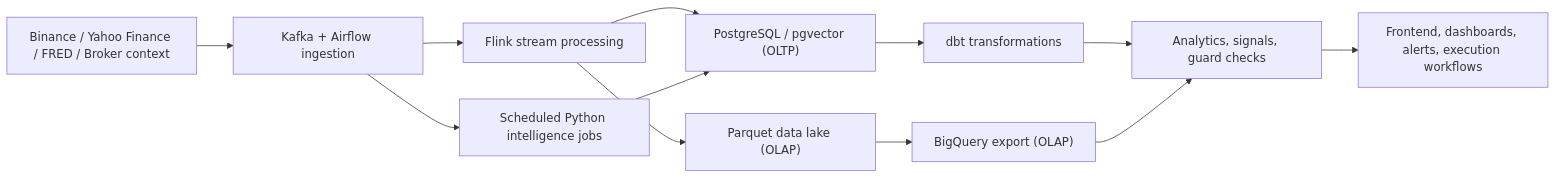
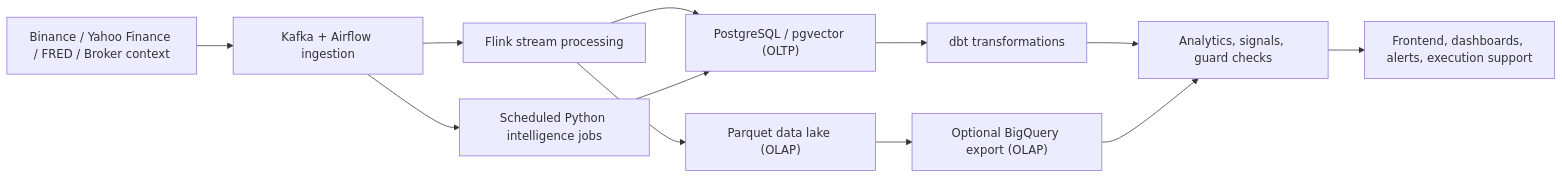
One commit to NateviratYungram/crypto-stream-ai changed the third of 4 diagrams in README.md. Above: the diagram before and after it, drawn with Mermaid. The commit also changed other lines of this file, not shown here.

````diff
--- a/README.md
+++ b/README.md
@@ -157,14 +157,14 @@
 ```mermaid
 flowchart LR
     A["Binance / Yahoo Finance / FRED / Broker context"] --> B["Kafka + Airflow ingestion"]
     B --> C["Flink stream processing"]
     B --> D["Scheduled Python intelligence jobs"]
     C --> E["PostgreSQL / pgvector (OLTP)"]
     C --> F["Parquet data lake (OLAP)"]
     D --> E
     E --> G["dbt transformations"]
-    F --> H["BigQuery export (OLAP)"]
+    F --> H["Optional BigQuery export (OLAP)"]
     G --> I["Analytics, signals, guard checks"]
     H --> I
-    I --> J["Frontend, dashboards, alerts, execution workflows"]
+    I --> J["Frontend, dashboards, alerts, execution support"]
 ```
````
